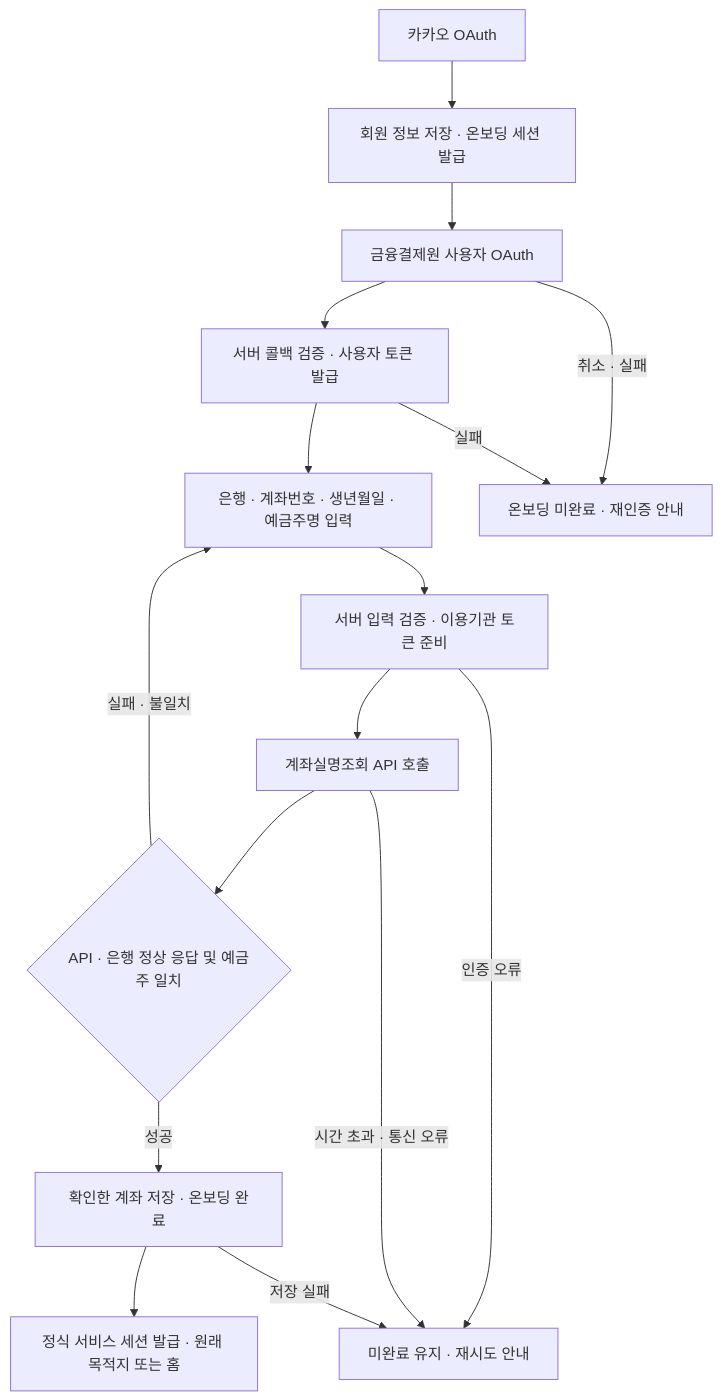
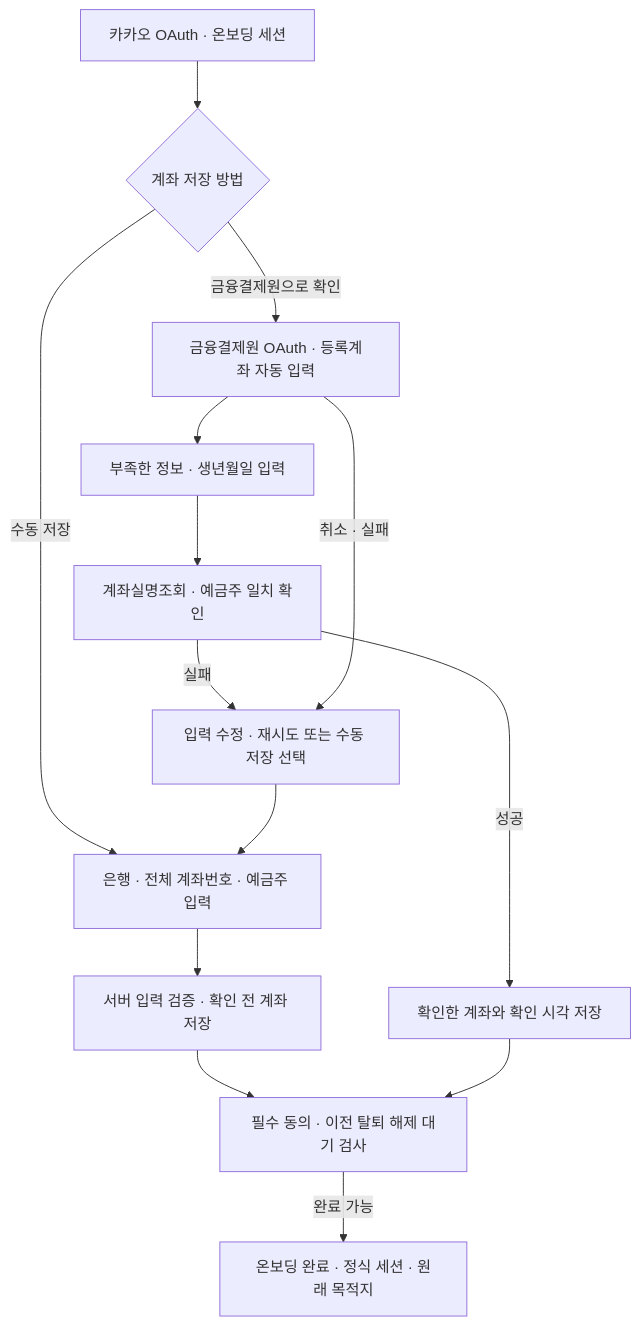
The diagram in intent/계좌연동-intent.md (Da-Moa/Da-Moa), drawn with Mermaid before and after one commit. The commit also changed other lines of this file and 41 other files, not shown here.

````diff
--- a/intent/계좌연동-intent.md
+++ b/intent/계좌연동-intent.md
@@ -39,18 +41,16 @@
 ```mermaid
 flowchart TD
-    A[카카오 OAuth] --> B[회원 정보 저장 · 온보딩 세션 발급]
-    B --> C[금융결제원 사용자 OAuth]
-    C --> D[서버 콜백 검증 · 사용자 토큰 발급]
-    D --> E[은행 · 계좌번호 · 생년월일 · 예금주명 입력]
-    E --> F[서버 입력 검증 · 이용기관 토큰 준비]
-    F --> G[계좌실명조회 API 호출]
-    G --> H{API · 은행 정상 응답 및 예금주 일치}
-    H -->|성공| I[확인한 계좌 저장 · 온보딩 완료]
-    I --> J[정식 서비스 세션 발급 · 원래 목적지 또는 홈]
-    H -->|실패 · 불일치| E
-    C -->|취소 · 실패| K[온보딩 미완료 · 재인증 안내]
-    D -->|실패| K
-    F -->|인증 오류| L[미완료 유지 · 재시도 안내]
-    G -->|시간 초과 · 통신 오류| L
-    I -->|저장 실패| L
+    A[카카오 OAuth · 온보딩 세션] --> B{계좌 저장 방법}
+    B -->|수동 저장| C[은행 · 전체 계좌번호 · 예금주 입력]
+    C --> D[서버 입력 검증 · 확인 전 계좌 저장]
+    B -->|금융결제원으로 확인| E[금융결제원 OAuth · 등록계좌 자동 입력]
+    E --> F[부족한 정보 · 생년월일 입력]
+    F --> G[계좌실명조회 · 예금주 일치 확인]
+    G -->|성공| H[확인한 계좌와 확인 시각 저장]
+    G -->|실패| I[입력 수정 · 재시도 또는 수동 저장 선택]
+    E -->|취소 · 실패| I
+    I --> C
+    D --> J[필수 동의 · 이전 탈퇴 해제 대기 검사]
+    H --> J
+    J -->|완료 가능| K[온보딩 완료 · 정식 세션 · 원래 목적지]
 ```
````
